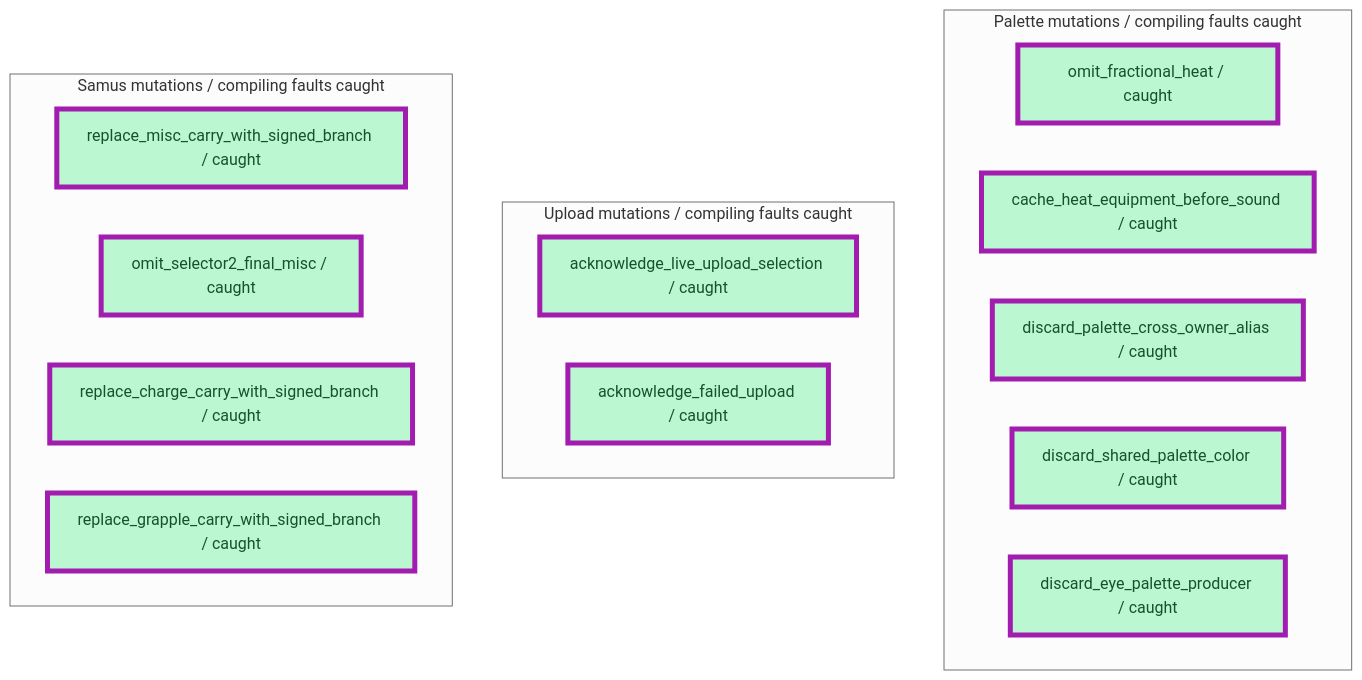
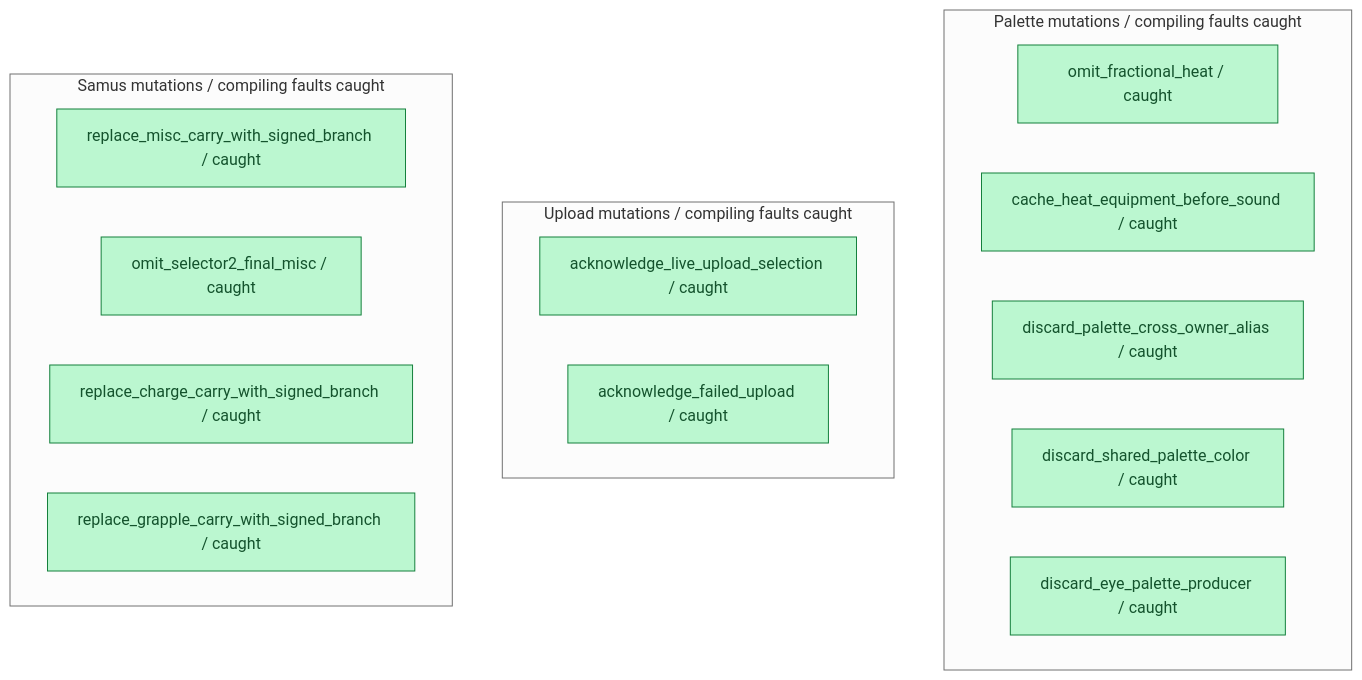
Before and after one commit to JimLundin/sm-decomp: the seventh of 16 diagrams in PROGRESS.md, drawn with Mermaid (neutral theme). The commit also changed other lines of this file and 2 other files, not shown here.

````diff
--- a/PROGRESS.md
+++ b/PROGRESS.md
@@ -210,25 +243,24 @@
 ```mermaid
 flowchart TB
     subgraph palette_mutants["Palette mutations / compiling faults caught"]
         M1["omit_fractional_heat / caught"]:::done
         M2["cache_heat_equipment_before_sound / caught"]:::done
         M3["discard_palette_cross_owner_alias / caught"]:::done
         M6["discard_shared_palette_color / caught"]:::done
         M7["discard_eye_palette_producer / caught"]:::done
     end
     subgraph upload_mutants["Upload mutations / compiling faults caught"]
         M4["acknowledge_live_upload_selection / caught"]:::done
         M5["acknowledge_failed_upload / caught"]:::done
     end
     subgraph samus_mutants["Samus mutations / compiling faults caught"]
         M8["replace_misc_carry_with_signed_branch / caught"]:::done
         M9["omit_selector2_final_misc / caught"]:::done
         M10["replace_charge_carry_with_signed_branch / caught"]:::done
         M11["replace_grapple_carry_with_signed_branch / caught"]:::done
     end
-    class M1,M2,M3,M4,M5,M6,M7,M8,M9,M10,M11 changed
     classDef pending fill:#f1f5f9,stroke:#94a3b8,color:#475569,stroke-dasharray:5 5
     classDef done fill:#bbf7d0,stroke:#15803d,color:#14532d
     classDef failed fill:#fecaca,stroke:#dc2626,color:#7f1d1d
     classDef changed stroke:#a21caf,stroke-width:5px
 ```
````
